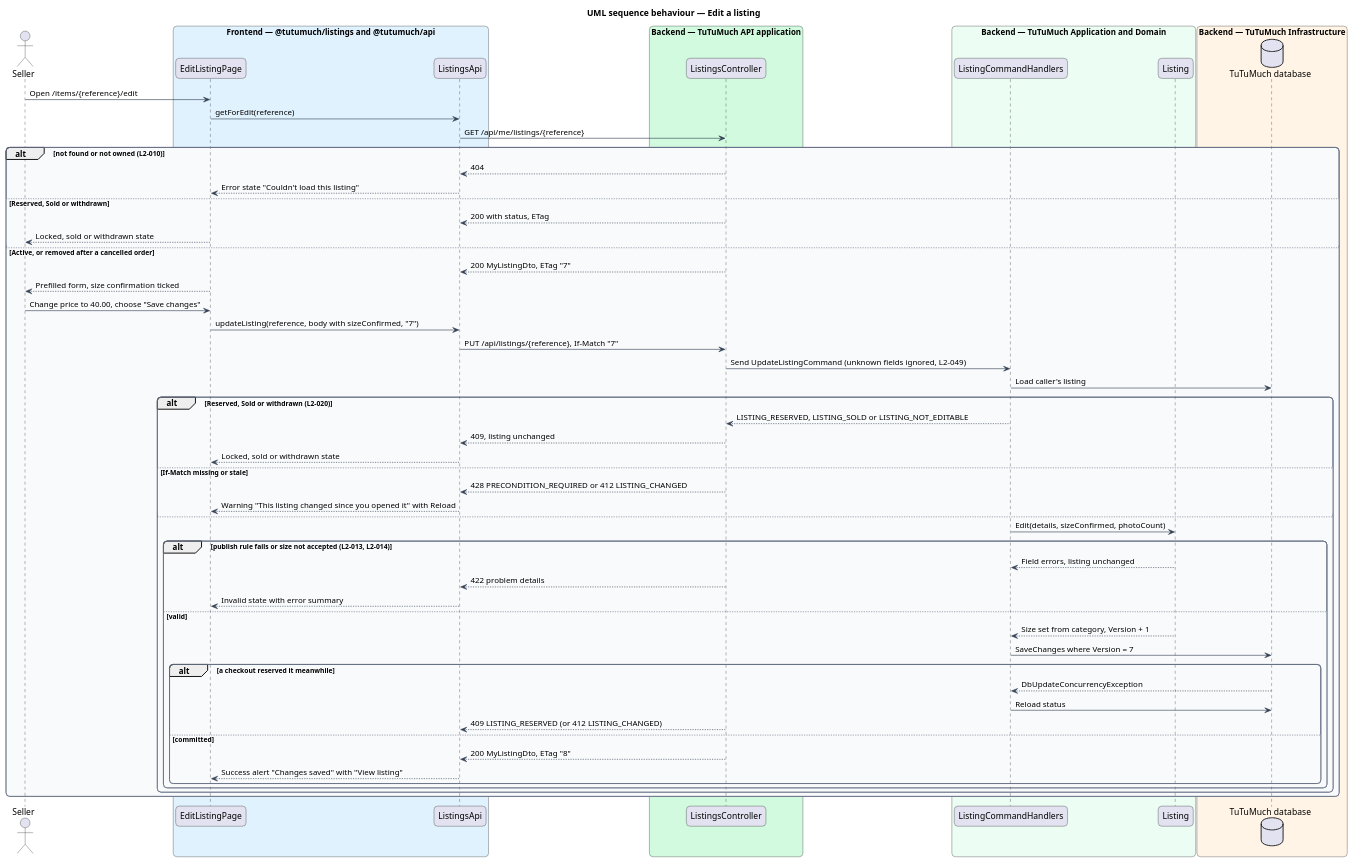
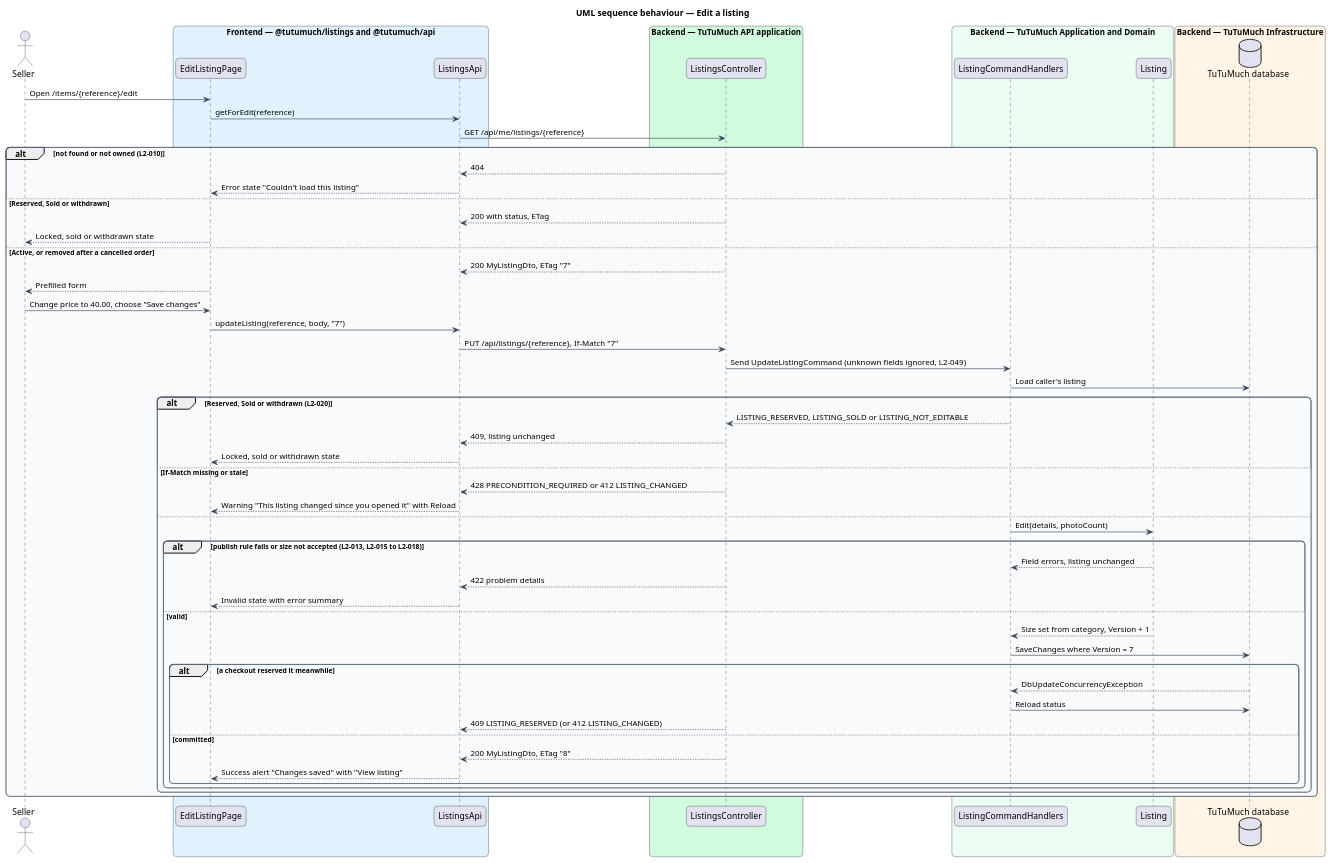
Before and after one commit to QuinntyneBrown/tutumuch: the diagram in docs/detailed-designs/listings/edit-and-withdraw-listing/diagrams/sequence-edit-listing.puml, drawn with PlantUML. The commit also changed 123 other files, not shown here.

First line of the commit message:
Remove the 'for girls' listing confirmation and soften the catalog hero

```diff
--- a/docs/detailed-designs/listings/edit-and-withdraw-listing/diagrams/sequence-edit-listing.puml
+++ b/docs/detailed-designs/listings/edit-and-withdraw-listing/diagrams/sequence-edit-listing.puml
@@ -1,76 +1,76 @@
 @startuml
 title UML sequence behaviour — Edit a listing
 skinparam backgroundColor #FFFFFF
 skinparam shadowing false
 skinparam roundcorner 12
 skinparam defaultFontName Arial
 skinparam ArrowColor #344054
 skinparam rectangle {
   BorderColor #344054
   FontColor #101828
 }
 skinparam package {
   BorderColor #667085
   FontColor #101828
   BackgroundColor #F9FAFB
 }
 actor "Seller" as actor
 box "Frontend — @tutumuch/listings and @tutumuch/api" #E0F2FE
   participant "EditListingPage" as page
   participant "ListingsApi" as client
 end box
 box "Backend — TuTuMuch API application" #D1FADF
   participant "ListingsController" as controller
 end box
 box "Backend — TuTuMuch Application and Domain" #ECFDF3
   participant "ListingCommandHandlers" as handler
   participant "Listing" as entity
 end box
 box "Backend — TuTuMuch Infrastructure" #FFF4E5
   database "TuTuMuch database" as db
 end box
 actor -> page : Open /items/{reference}/edit
 page -> client : getForEdit(reference)
 client -> controller : GET /api/me/listings/{reference}
 alt not found or not owned (L2-010)
   controller --> client : 404
   client --> page : Error state "Couldn't load this listing"
 else Reserved, Sold or withdrawn
   controller --> client : 200 with status, ETag
   page --> actor : Locked, sold or withdrawn state
 else Active, or removed after a cancelled order
   controller --> client : 200 MyListingDto, ETag "7"
-  page --> actor : Prefilled form, size confirmation ticked
+  page --> actor : Prefilled form
   actor -> page : Change price to 40.00, choose "Save changes"
-  page -> client : updateListing(reference, body with sizeConfirmed, "7")
+  page -> client : updateListing(reference, body, "7")
   client -> controller : PUT /api/listings/{reference}, If-Match "7"
   controller -> handler : Send UpdateListingCommand (unknown fields ignored, L2-049)
   handler -> db : Load caller's listing
   alt Reserved, Sold or withdrawn (L2-020)
     handler --> controller : LISTING_RESERVED, LISTING_SOLD or LISTING_NOT_EDITABLE
     controller --> client : 409, listing unchanged
     client --> page : Locked, sold or withdrawn state
   else If-Match missing or stale
     controller --> client : 428 PRECONDITION_REQUIRED or 412 LISTING_CHANGED
     client --> page : Warning "This listing changed since you opened it" with Reload
   else
-    handler -> entity : Edit(details, sizeConfirmed, photoCount)
-    alt publish rule fails or size not accepted (L2-013, L2-014)
+    handler -> entity : Edit(details, photoCount)
+    alt publish rule fails or size not accepted (L2-013, L2-015 to L2-018)
       entity --> handler : Field errors, listing unchanged
       controller --> client : 422 problem details
       client --> page : Invalid state with error summary
     else valid
       entity --> handler : Size set from category, Version + 1
       handler -> db : SaveChanges where Version = 7
       alt a checkout reserved it meanwhile
         db --> handler : DbUpdateConcurrencyException
         handler -> db : Reload status
         controller --> client : 409 LISTING_RESERVED (or 412 LISTING_CHANGED)
       else committed
         controller --> client : 200 MyListingDto, ETag "8"
         client --> page : Success alert "Changes saved" with "View listing"
       end
     end
   end
 end
 @enduml
```
